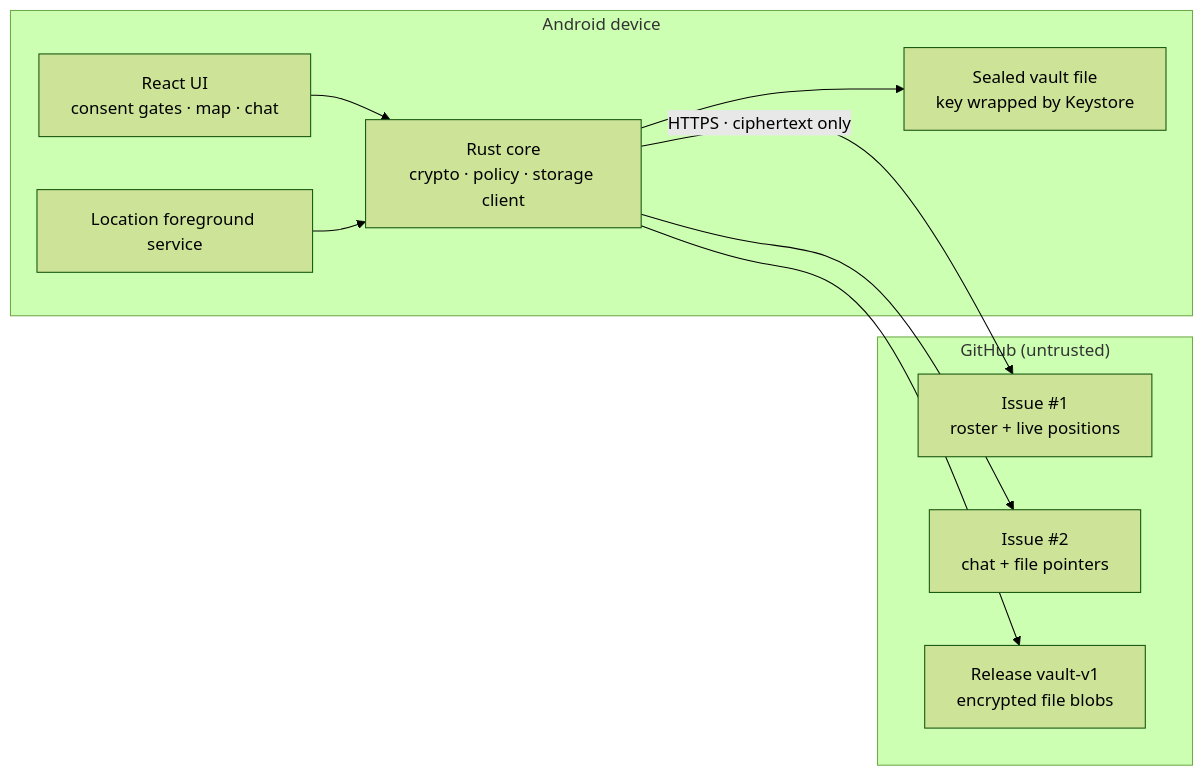
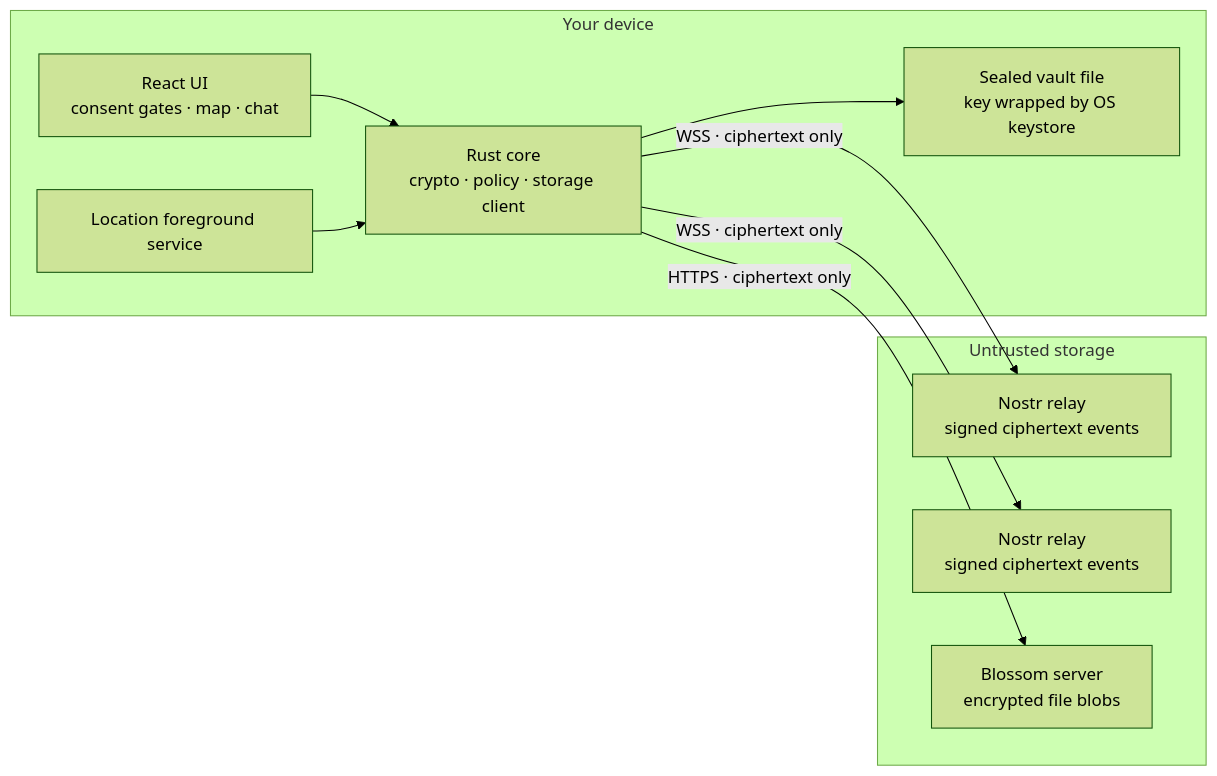
Before and after one commit to JaredCH/Shadow720: the diagram in README.md, drawn with Mermaid (forest theme). The commit also changed other lines of this file and 7 other files, not shown here.

````diff
--- a/README.md
+++ b/README.md
@@ -47,22 +142,22 @@
 ```mermaid
 flowchart LR
-  subgraph Phone["Android device"]
+  subgraph Phone["Your device"]
     UI["React UI<br/>consent gates · map · chat"]
     Core["Rust core<br/>crypto · policy · storage client"]
-    Vault["Sealed vault file<br/>key wrapped by Keystore"]
+    Vault["Sealed vault file<br/>key wrapped by OS keystore"]
     FGS["Location foreground service"]
   end
 
-  subgraph GH["GitHub (untrusted)"]
-    I1["Issue #1<br/>roster + live positions"]
-    I2["Issue #2<br/>chat + file pointers"]
-    Rel["Release vault-v1<br/>encrypted file blobs"]
+  subgraph Net["Untrusted storage"]
+    R1["Nostr relay<br/>signed ciphertext events"]
+    R2["Nostr relay<br/>signed ciphertext events"]
+    B["Blossom server<br/>encrypted file blobs"]
   end
 
   UI --> Core
   Core --> Vault
   FGS --> Core
-  Core -->|"HTTPS · ciphertext only"| I1
-  Core --> I2
-  Core --> Rel
+  Core -->|"WSS · ciphertext only"| R1
+  Core -->|"WSS · ciphertext only"| R2
+  Core -->|"HTTPS · ciphertext only"| B
 ```
````
